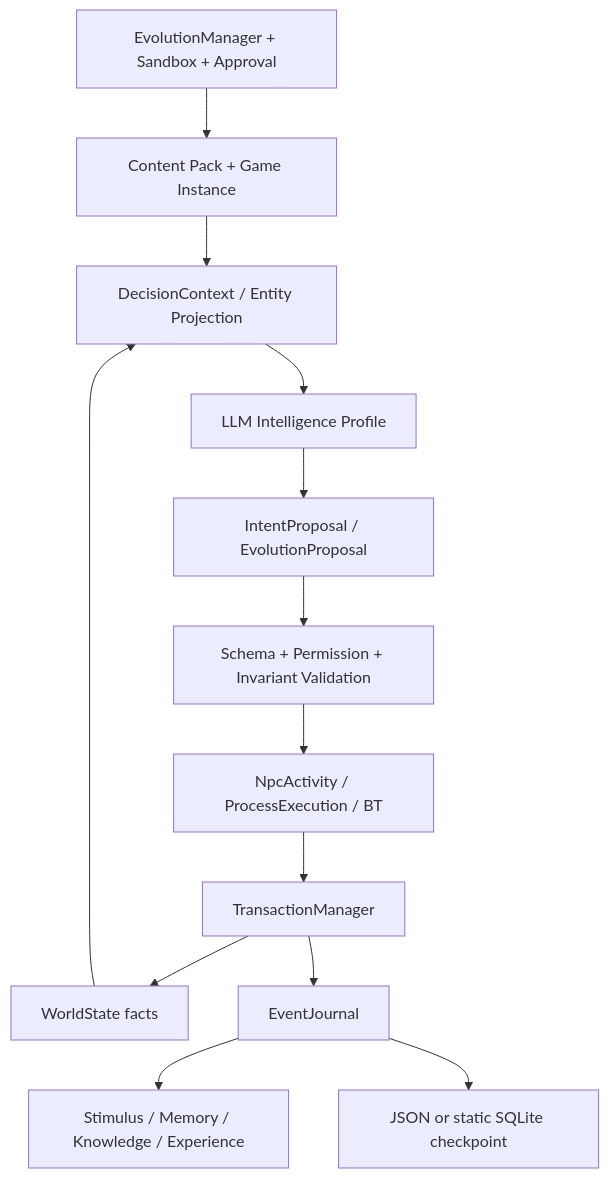
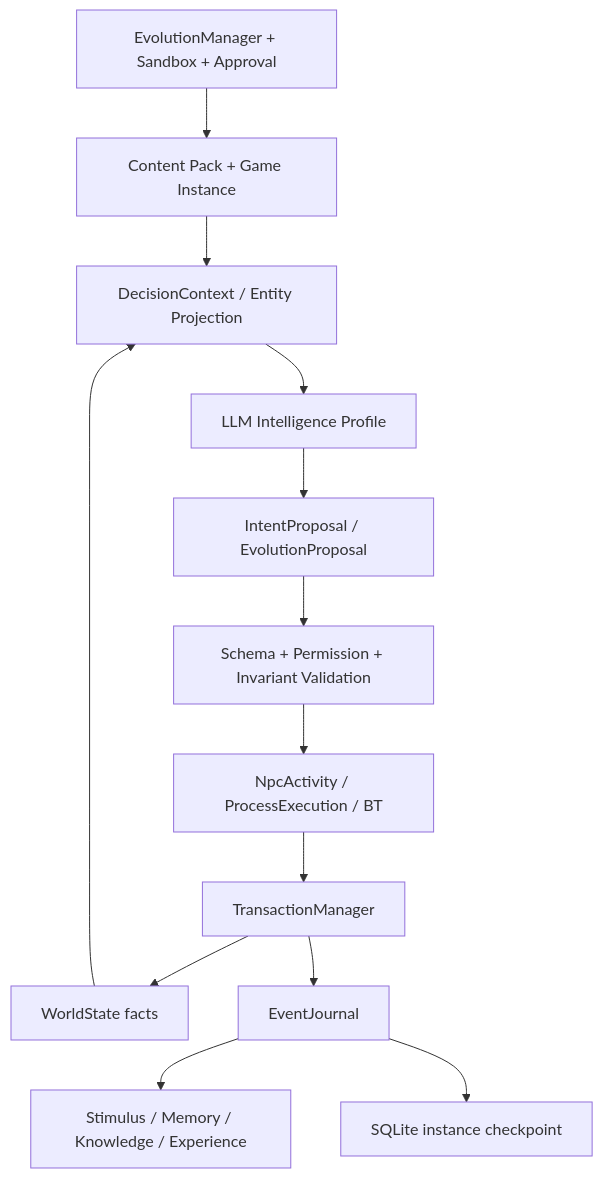
One commit to Robin-1978/sim_world changed the diagram in docs/design.md. Above: the diagram before and after it, drawn with Mermaid. The commit also changed other lines of this file and 5 other files, not shown here.

````diff
--- a/docs/design.md
+++ b/docs/design.md
@@ -353,15 +354,15 @@
 ```mermaid
 flowchart TB
     Content[Content Pack + Game Instance] --> Projection[DecisionContext / Entity Projection]
     World[WorldState facts] --> Projection
     Projection --> Intelligence[LLM Intelligence Profile]
     Intelligence --> Proposal[IntentProposal / EvolutionProposal]
     Proposal --> Validate[Schema + Permission + Invariant Validation]
     Validate --> Activity[NpcActivity / ProcessExecution / BT]
     Activity --> Tx[TransactionManager]
     Tx --> World
     Tx --> Journal[EventJournal]
     Journal --> Memory[Stimulus / Memory / Knowledge / Experience]
-    Journal --> Persist[JSON or static SQLite checkpoint]
+    Journal --> Persist[SQLite instance checkpoint]
     Evolution[EvolutionManager + Sandbox + Approval] --> Content
 ```
````
